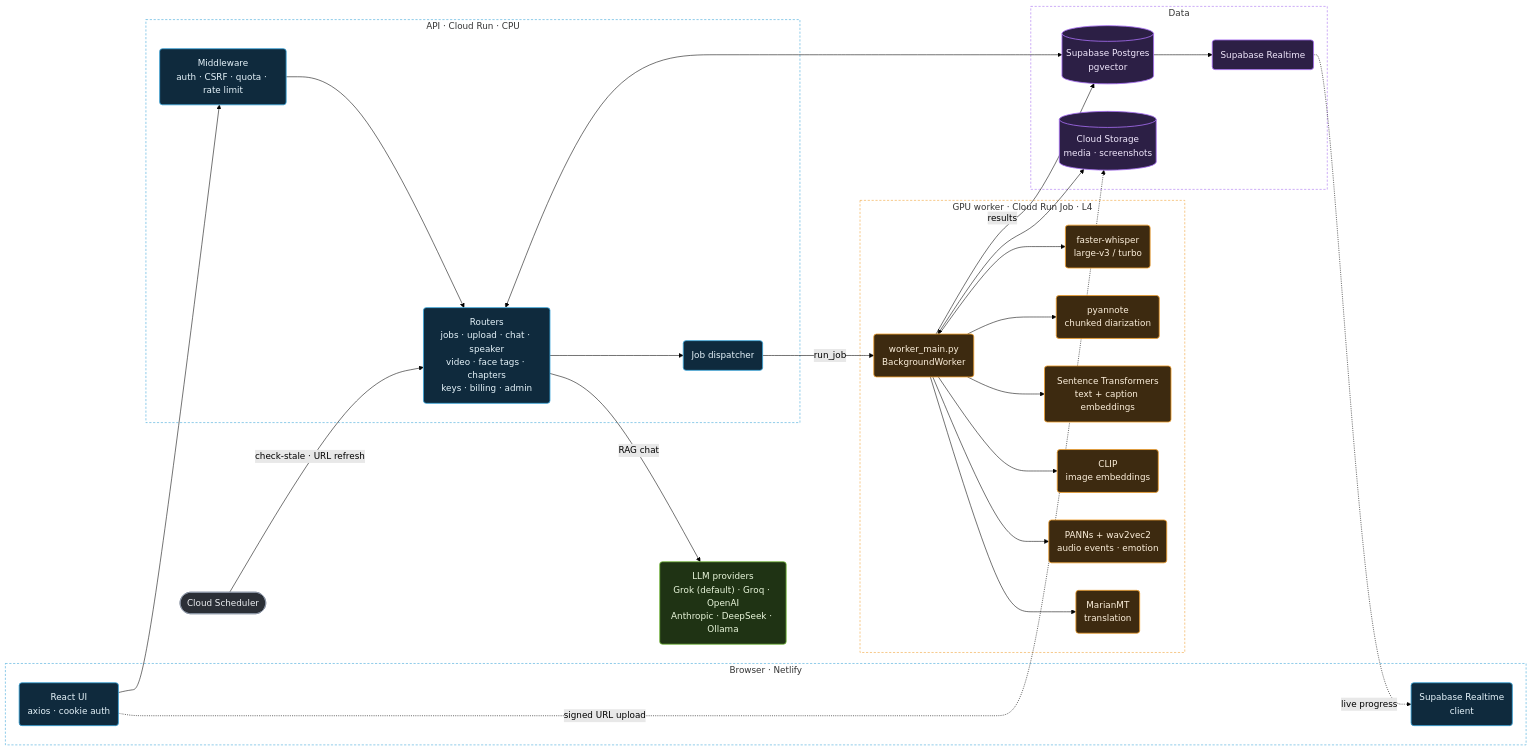
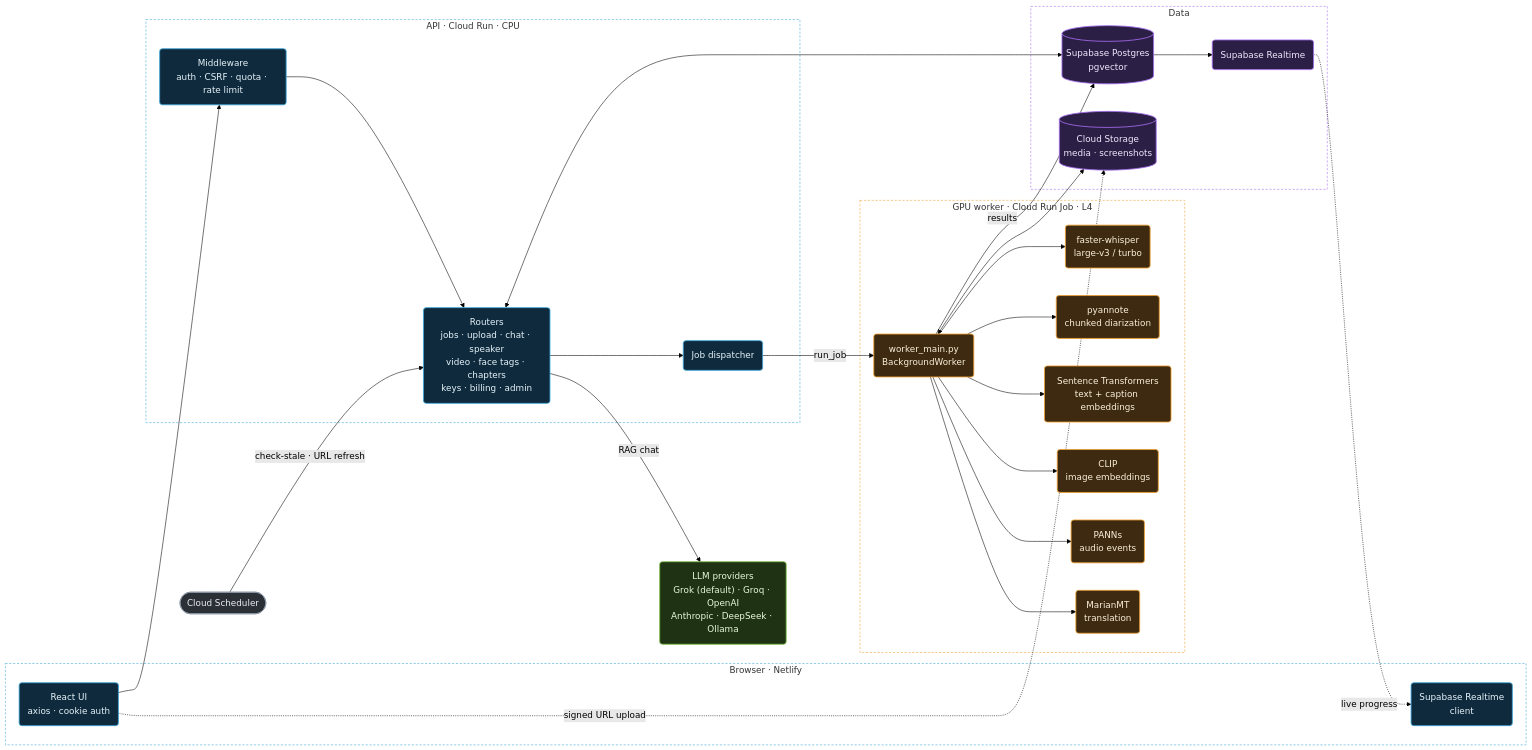
Before and after one commit to Ugur22/ai-subtitles: the first of 5 diagrams in docs/ARCHITECTURE.md, drawn with Mermaid (forest theme). The commit also changed 25 other files, not shown here.

````diff
--- a/docs/ARCHITECTURE.md
+++ b/docs/ARCHITECTURE.md
@@ -9,59 +9,59 @@
 ```mermaid
 flowchart LR
     subgraph Client["Browser · Netlify"]
         UI("React UI<br/>axios · cookie auth")
         RT("Supabase Realtime<br/>client")
     end
 
     subgraph Service["API · Cloud Run · CPU"]
         MW("Middleware<br/>auth · CSRF · quota · rate limit")
         Routers("Routers<br/>jobs · upload · chat · speaker<br/>video · face tags · chapters<br/>keys · billing · admin")
         Disp("Job dispatcher")
     end
 
     subgraph Worker["GPU worker · Cloud Run Job · L4"]
         BW("worker_main.py<br/>BackgroundWorker")
         WH("faster-whisper<br/>large-v3 / turbo")
         PY("pyannote<br/>chunked diarization")
         EMB("Sentence Transformers<br/>text + caption embeddings")
         CL("CLIP<br/>image embeddings")
-        PN("PANNs + wav2vec2<br/>audio events · emotion")
+        PN("PANNs<br/>audio events")
         MT("MarianMT<br/>translation")
     end
 
     subgraph Data["Data"]
         PG[("Supabase Postgres<br/>pgvector")]
         SBRT("Supabase Realtime")
         GCS[("Cloud Storage<br/>media · screenshots")]
     end
 
     LLM("LLM providers<br/>Grok (default) · Groq · OpenAI<br/>Anthropic · DeepSeek · Ollama")
     Sched(["Cloud Scheduler"])
 
     UI --> MW --> Routers
     UI -. signed URL upload .-> GCS
     Routers <--> PG
     Routers --> Disp -->|run_job| BW
     BW --> WH & PY & EMB & CL & PN & MT
     BW <--> GCS
     BW -->|results| PG
     PG --> SBRT -.->|live progress| RT
     Routers -->|RAG chat| LLM
     Sched -->|check-stale · URL refresh| Routers
 
     classDef app fill:#0f2a3d,stroke:#38a3d8,color:#e6f4fb,stroke-width:1.5px
     classDef gpu fill:#3d2a10,stroke:#f0a030,color:#fdf0dc,stroke-width:1.5px
     classDef data fill:#2c1f45,stroke:#a56cf0,color:#f1e8fd,stroke-width:1.5px
     classDef ai fill:#1f3314,stroke:#7cc043,color:#eaf7dc,stroke-width:1.5px
     classDef misc fill:#2b2f36,stroke:#8b95a5,color:#eef0f3,stroke-width:1.5px
 
     class UI,RT,MW,Routers,Disp app
     class BW,WH,PY,EMB,CL,PN,MT gpu
     class PG,SBRT,GCS data
     class LLM ai
     class Sched misc
     style Client fill:none,stroke:#38a3d8,stroke-dasharray:4 3
     style Service fill:none,stroke:#38a3d8,stroke-dasharray:4 3
     style Worker fill:none,stroke:#f0a030,stroke-dasharray:4 3
     style Data fill:none,stroke:#a56cf0,stroke-dasharray:4 3
 ```
````
